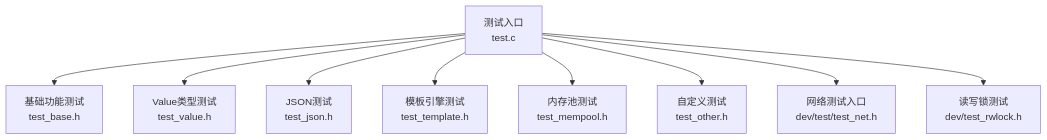
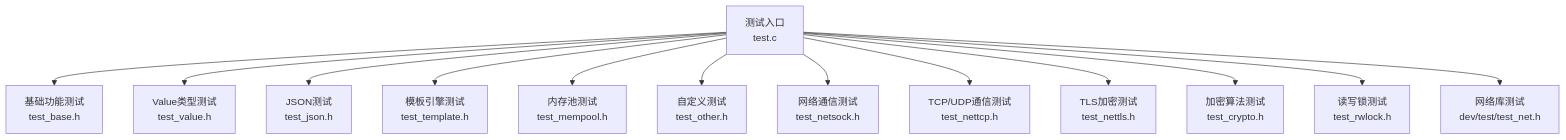
The first of 5 diagrams in .qoder/repowiki/zh/content/测试与调试.md (xywhsoft/xrt), drawn with Mermaid before and after one commit. The commit also changed other lines of this file and 36 other files, not shown here.

````diff
--- a/.qoder/repowiki/zh/content/测试与调试.md
+++ b/.qoder/repowiki/zh/content/测试与调试.md
@@ -38,11 +50,15 @@
 ```mermaid
 graph TB
 A["测试入口<br/>test.c"] --> B["基础功能测试<br/>test_base.h"]
 A --> C["Value类型测试<br/>test_value.h"]
 A --> D["JSON测试<br/>test_json.h"]
 A --> E["模板引擎测试<br/>test_template.h"]
 A --> F["内存池测试<br/>test_mempool.h"]
 A --> G["自定义测试<br/>test_other.h"]
-A --> H["网络测试入口<br/>dev/test/test_net.h"]
-A --> I["读写锁测试<br/>dev/test_rwlock.h"]
+A --> H["网络通信测试<br/>test_netsock.h"]
+A --> I["TCP/UDP通信测试<br/>test_nettcp.h"]
+A --> J["TLS加密测试<br/>test_nettls.h"]
+A --> K["加密算法测试<br/>test_crypto.h"]
+A --> L["读写锁测试<br/>test_rwlock.h"]
+A --> M["网络库测试<br/>dev/test/test_net.h"]
 ```
````
